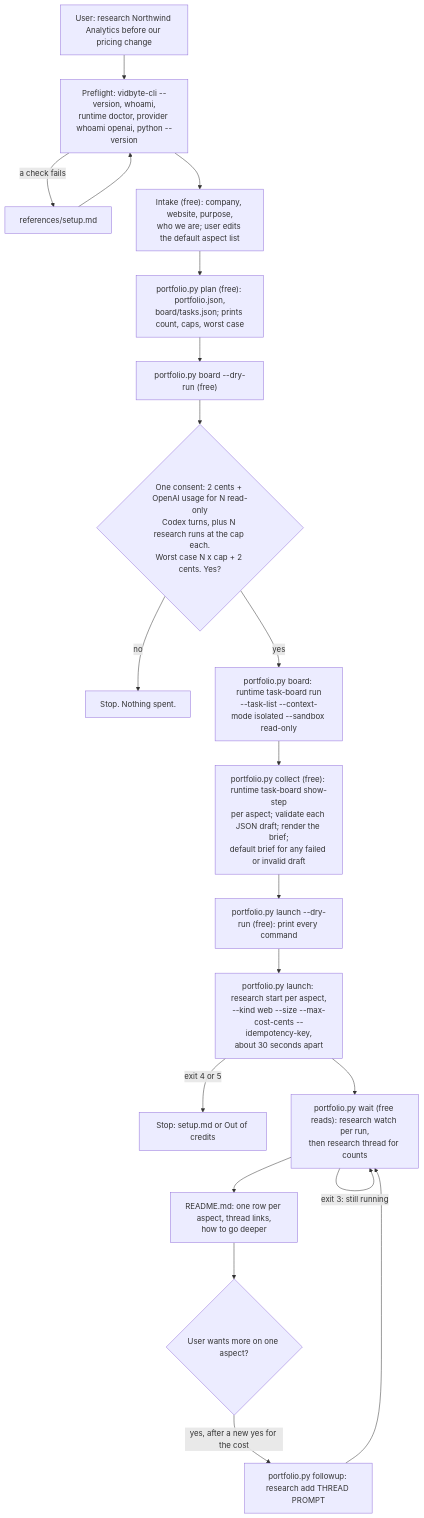
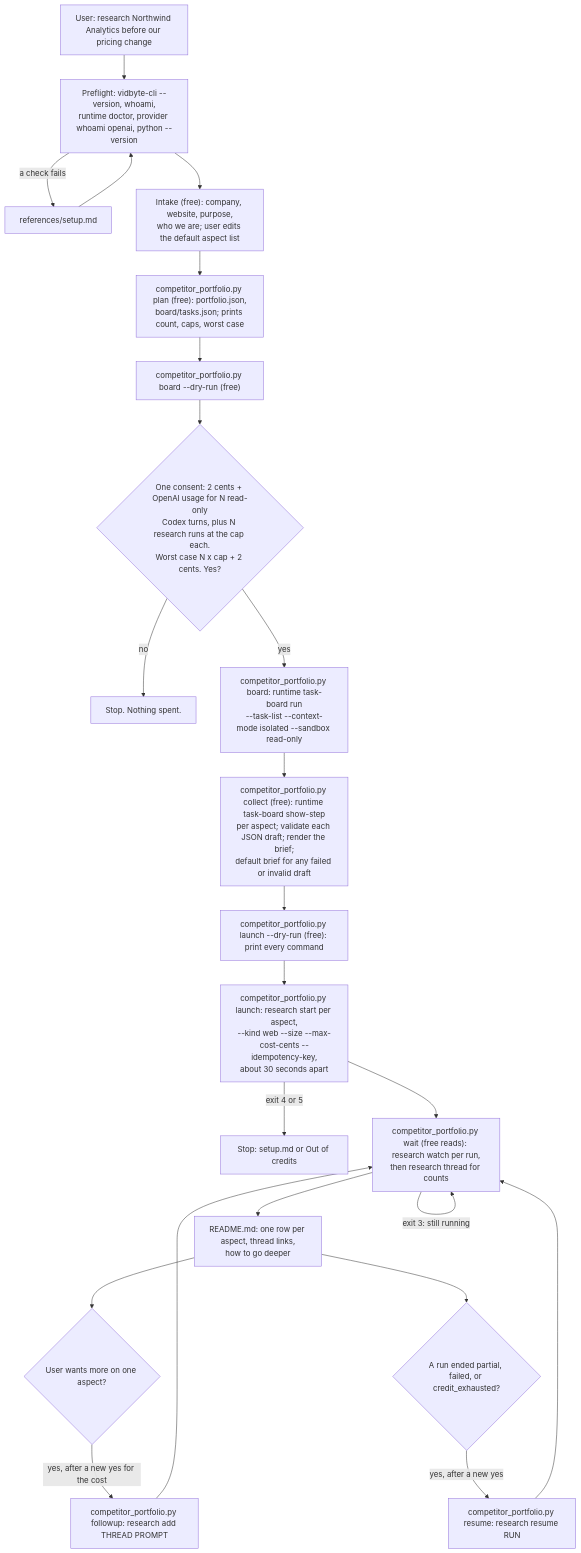
One commit to cerredz/vidbyte-cli changed the diagram in docs/design/research-a-competitor.md. Above: the diagram before and after it, drawn with Mermaid. The commit also changed other lines of this file and 4 other files, not shown here.

First line of the commit message:
feat(skills): add research-a-competitor

````diff
--- a/docs/design/research-a-competitor.md
+++ b/docs/design/research-a-competitor.md
@@ -28,20 +28,22 @@
 ```mermaid
 flowchart TD
     A["User: research Northwind Analytics before our pricing change"] --> B["Preflight: vidbyte-cli --version, whoami,<br/>runtime doctor, provider whoami openai, python --version"]
     B -->|a check fails| S["references/setup.md"] --> B
     B --> C["Intake (free): company, website, purpose,<br/>who we are; user edits the default aspect list"]
-    C --> D["portfolio.py plan (free): portfolio.json,<br/>board/tasks.json; prints count, caps, worst case"]
-    D --> E["portfolio.py board --dry-run (free)"]
+    C --> D["competitor_portfolio.py plan (free): portfolio.json,<br/>board/tasks.json; prints count, caps, worst case"]
+    D --> E["competitor_portfolio.py board --dry-run (free)"]
     E --> F{"One consent: 2 cents + OpenAI usage for N read-only<br/>Codex turns, plus N research runs at the cap each.<br/>Worst case N x cap + 2 cents. Yes?"}
     F -->|no| Z["Stop. Nothing spent."]
-    F -->|yes| G["portfolio.py board: runtime task-board run<br/>--task-list --context-mode isolated --sandbox read-only"]
-    G --> H["portfolio.py collect (free): runtime task-board show-step<br/>per aspect; validate each JSON draft; render the brief;<br/>default brief for any failed or invalid draft"]
-    H --> I["portfolio.py launch --dry-run (free): print every command"]
-    I --> J["portfolio.py launch: research start per aspect,<br/>--kind web --size --max-cost-cents --idempotency-key,<br/>about 30 seconds apart"]
+    F -->|yes| G["competitor_portfolio.py board: runtime task-board run<br/>--task-list --context-mode isolated --sandbox read-only"]
+    G --> H["competitor_portfolio.py collect (free): runtime task-board show-step<br/>per aspect; validate each JSON draft; render the brief;<br/>default brief for any failed or invalid draft"]
+    H --> I["competitor_portfolio.py launch --dry-run (free): print every command"]
+    I --> J["competitor_portfolio.py launch: research start per aspect,<br/>--kind web --size --max-cost-cents --idempotency-key,<br/>about 30 seconds apart"]
     J -->|exit 4 or 5| T["Stop: setup.md or Out of credits"]
-    J --> K["portfolio.py wait (free reads): research watch per run,<br/>then research thread for counts"]
+    J --> K["competitor_portfolio.py wait (free reads): research watch per run,<br/>then research thread for counts"]
     K -->|exit 3: still running| K
     K --> L["README.md: one row per aspect, thread links,<br/>how to go deeper"]
     L --> M{"User wants more on one aspect?"}
-    M -->|yes, after a new yes for the cost| N["portfolio.py followup: research add THREAD PROMPT"] --> K
+    M -->|yes, after a new yes for the cost| N["competitor_portfolio.py followup: research add THREAD PROMPT"] --> K
+    L --> R{"A run ended partial, failed, or credit_exhausted?"}
+    R -->|yes, after a new yes| Q["competitor_portfolio.py resume: research resume RUN"] --> K
 ```
````
